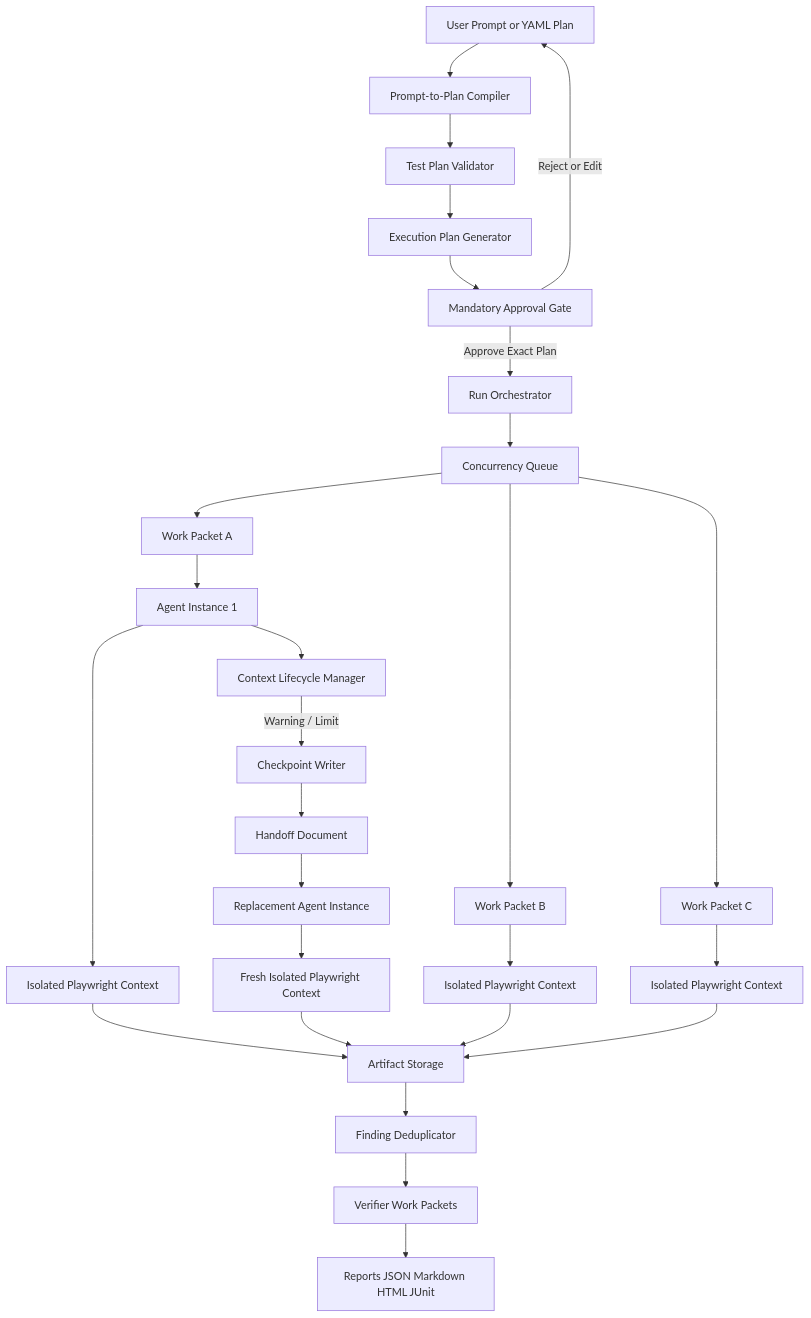
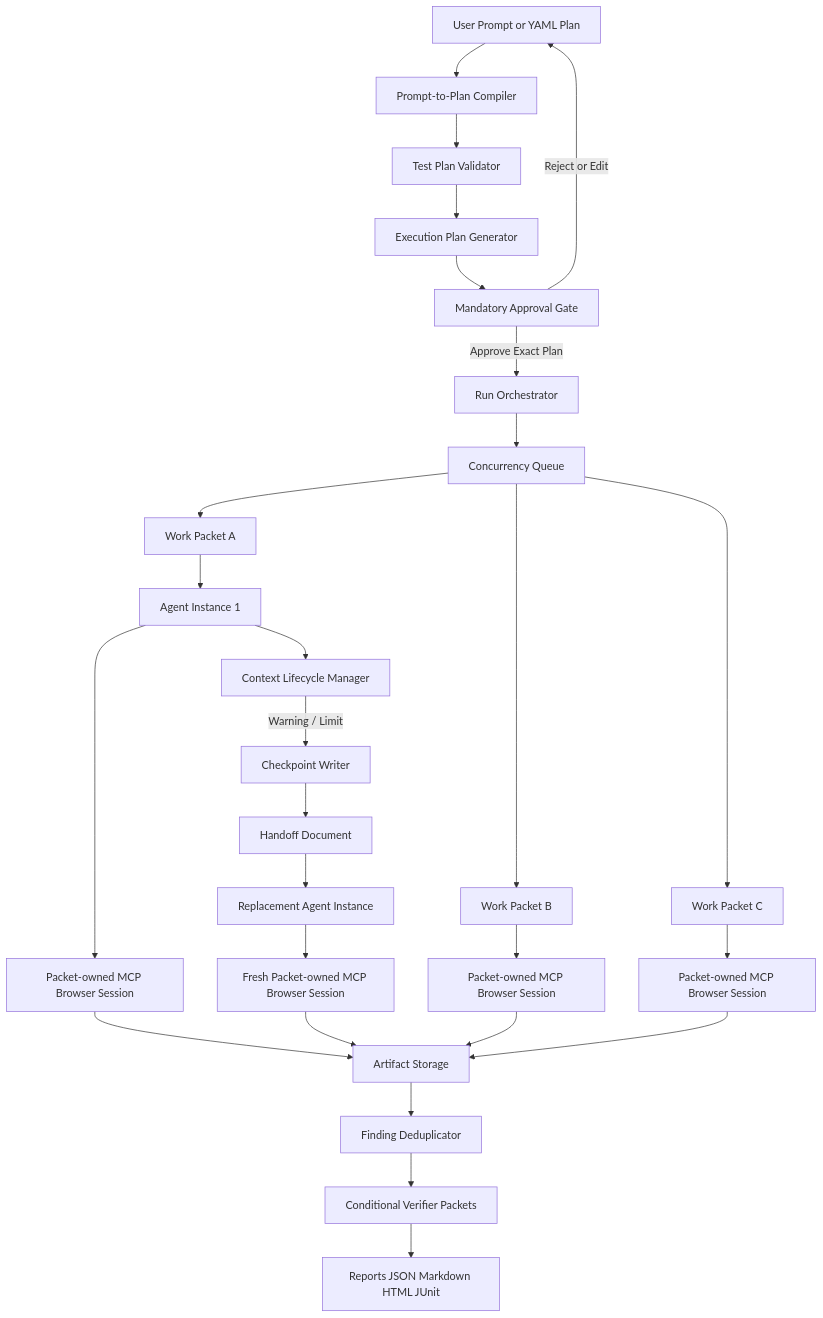
The diagram in README.md (LakshmidharKotipalli/testing-automation), drawn with Mermaid before and after one commit. The commit also changed other lines of this file, not shown here.

Commit message:
docs: update README for guarded MCP execution and Phase 2

````diff
--- a/README.md
+++ b/README.md
@@ -45,29 +53,29 @@
 ```mermaid
 flowchart TD
     U[User Prompt or YAML Plan] --> C[Prompt-to-Plan Compiler]
     C --> V[Test Plan Validator]
     V --> E[Execution Plan Generator]
     E --> A[Mandatory Approval Gate]
     A -->|Reject or Edit| U
     A -->|Approve Exact Plan| O[Run Orchestrator]
     O --> Q[Concurrency Queue]
     Q --> W1[Work Packet A]
     Q --> W2[Work Packet B]
     Q --> W3[Work Packet C]
     W1 --> I1[Agent Instance 1]
-    I1 --> B1[Isolated Playwright Context]
+    I1 --> B1[Packet-owned MCP Browser Session]
     I1 --> M[Context Lifecycle Manager]
     M -->|Warning / Limit| CP[Checkpoint Writer]
     CP --> H[Handoff Document]
     H --> I2[Replacement Agent Instance]
-    I2 --> B2[Fresh Isolated Playwright Context]
-    W2 --> B3[Isolated Playwright Context]
-    W3 --> B4[Isolated Playwright Context]
+    I2 --> B2[Fresh Packet-owned MCP Browser Session]
+    W2 --> B3[Packet-owned MCP Browser Session]
+    W3 --> B4[Packet-owned MCP Browser Session]
     B1 --> S[Artifact Storage]
     B2 --> S
     B3 --> S
     B4 --> S
     S --> D[Finding Deduplicator]
-    D --> VR[Verifier Work Packets]
+    D --> VR[Conditional Verifier Packets]
     VR --> R[Reports JSON Markdown HTML JUnit]
 ```
````
